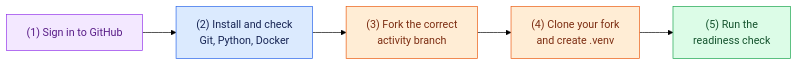
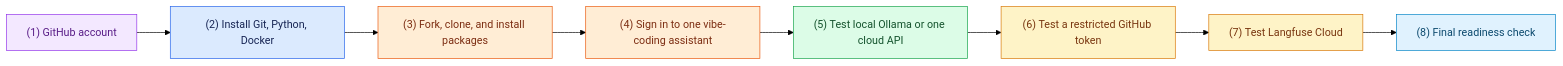
Before and after one commit to ForgettaAnthony/coding-agent-lab: the diagram in docs/pre-lab-setup.md, drawn with Mermaid (forest theme). The commit also changed other lines of this file and 1 other file, not shown here.

Commit message:
docs: expand pre-lab readiness guide

````diff
--- a/docs/pre-lab-setup.md
+++ b/docs/pre-lab-setup.md
@@ -28,17 +37,24 @@
 ```mermaid
 flowchart LR
-    accounts["(1) Sign in to GitHub"] --> tools["(2) Install and check\nGit, Python, Docker"]
-    tools --> fork["(3) Fork the correct\nactivity branch"]
-    fork --> clone["(4) Clone your fork\nand create .venv"]
-    clone --> check["(5) Run the\nreadiness check"]
+    account["(1) GitHub account"] --> tools["(2) Install Git, Python, Docker"]
+    tools --> clone["(3) Fork, clone, and install packages"]
+    clone --> vibe["(4) Sign in to one vibe-coding assistant"]
+    vibe --> model["(5) Test local Ollama or one cloud API"]
+    model --> github["(6) Test a restricted GitHub token"]
+    github --> langfuse["(7) Test Langfuse Cloud"]
+    langfuse --> ready["(8) Final readiness check"]
 
     classDef accountBox fill:#f3e8ff,stroke:#9333ea,color:#581c87
     classDef toolBox fill:#dbeafe,stroke:#2563eb,color:#172554
-    classDef gitBox fill:#ffedd5,stroke:#ea580c,color:#7c2d12
-    classDef checkBox fill:#dcfce7,stroke:#16a34a,color:#14532d
+    classDef setupBox fill:#ffedd5,stroke:#ea580c,color:#7c2d12
+    classDef modelBox fill:#dcfce7,stroke:#16a34a,color:#14532d
+    classDef serviceBox fill:#fef3c7,stroke:#d97706,color:#78350f
+    classDef checkBox fill:#e0f2fe,stroke:#0284c7,color:#0c4a6e
 
-    class accounts accountBox
+    class account accountBox
     class tools toolBox
-    class fork,clone gitBox
-    class check checkBox
+    class clone,vibe setupBox
+    class model modelBox
+    class github,langfuse serviceBox
+    class ready checkBox
 ```
````
